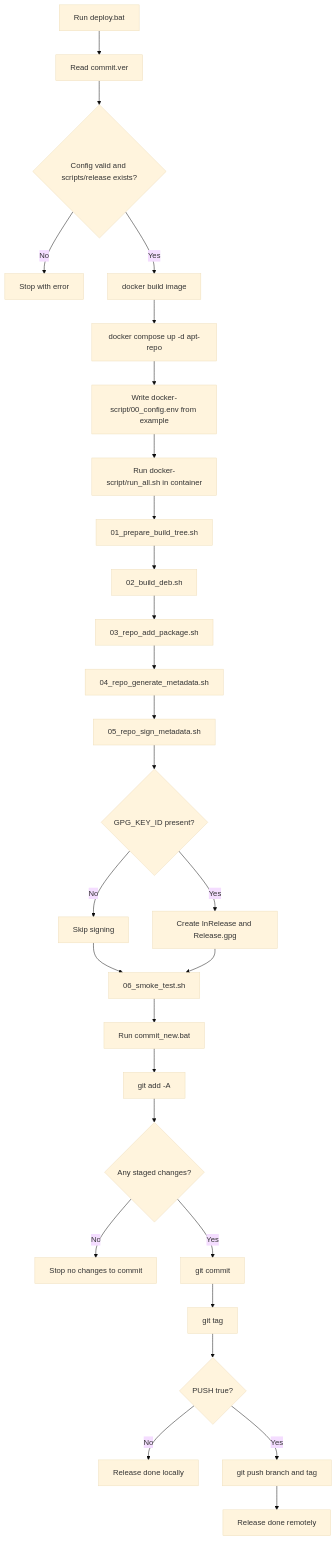
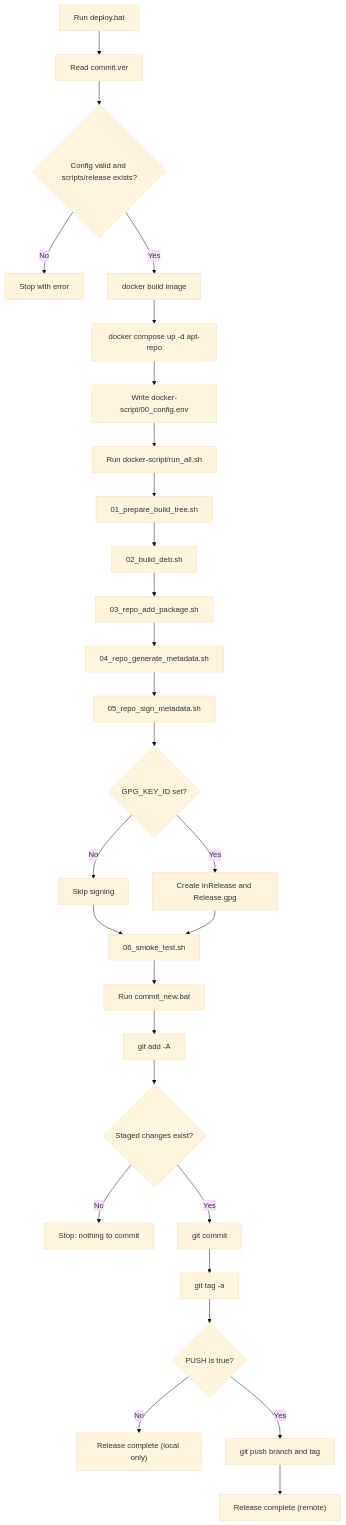
The first of 4 diagrams in map.md (JernejKorosec/jernejk-moodle-apt-repo), drawn with Mermaid (base theme) before and after one commit. The commit also changed other lines of this file, not shown here.

````diff
--- a/map.md
+++ b/map.md
@@ -6,30 +6,30 @@
 ```mermaid
 flowchart TD
-  U[Run deploy.bat] --> C[Read commit.ver]
-  C --> V{Config valid and scripts/release exists?}
-  V -- No --> E1[Stop with error]
-  V -- Yes --> D1[docker build image]
-  D1 --> D2[docker compose up -d apt-repo]
-  D2 --> W1[Write docker-script/00_config.env from example]
-  W1 --> R1[Run docker-script/run_all.sh in container]
-  R1 --> S1[01_prepare_build_tree.sh]
-  S1 --> S2[02_build_deb.sh]
-  S2 --> S3[03_repo_add_package.sh]
-  S3 --> S4[04_repo_generate_metadata.sh]
-  S4 --> S5[05_repo_sign_metadata.sh]
-  S5 --> K{GPG_KEY_ID present?}
-  K -- No --> K0[Skip signing]
-  K -- Yes --> K1[Create InRelease and Release.gpg]
-  K0 --> S6[06_smoke_test.sh]
-  K1 --> S6[06_smoke_test.sh]
-  S6 --> G1[Run commit_new.bat]
-  G1 --> G2[git add -A]
-  G2 --> G3{Any staged changes?}
-  G3 -- No --> E2[Stop no changes to commit]
-  G3 -- Yes --> G4[git commit]
-  G4 --> G5[git tag]
-  G5 --> P{PUSH true?}
-  P -- No --> Z1[Release done locally]
-  P -- Yes --> G6[git push branch and tag]
-  G6 --> Z2[Release done remotely]
+  U["Run deploy.bat"] --> C["Read commit.ver"]
+  C --> V{"Config valid and scripts/release exists?"}
+  V -- No --> E1["Stop with error"]
+  V -- Yes --> D1["docker build image"]
+  D1 --> D2["docker compose up -d apt-repo"]
+  D2 --> W1["Write docker-script/00_config.env"]
+  W1 --> R1["Run docker-script/run_all.sh"]
+  R1 --> S1["01_prepare_build_tree.sh"]
+  S1 --> S2["02_build_deb.sh"]
+  S2 --> S3["03_repo_add_package.sh"]
+  S3 --> S4["04_repo_generate_metadata.sh"]
+  S4 --> S5["05_repo_sign_metadata.sh"]
+  S5 --> K{"GPG_KEY_ID set?"}
+  K -- No --> K0["Skip signing"]
+  K -- Yes --> K1["Create InRelease and Release.gpg"]
+  K0 --> S6["06_smoke_test.sh"]
+  K1 --> S6
+  S6 --> G1["Run commit_new.bat"]
+  G1 --> G2["git add -A"]
+  G2 --> G3{"Staged changes exist?"}
+  G3 -- No --> E2["Stop: nothing to commit"]
+  G3 -- Yes --> G4["git commit"]
+  G4 --> G5["git tag -a"]
+  G5 --> P{"PUSH is true?"}
+  P -- No --> Z1["Release complete (local only)"]
+  P -- Yes --> G6["git push branch and tag"]
+  G6 --> Z2["Release complete (remote)"]
 ```
````
